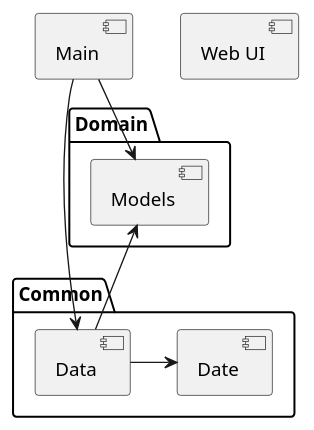
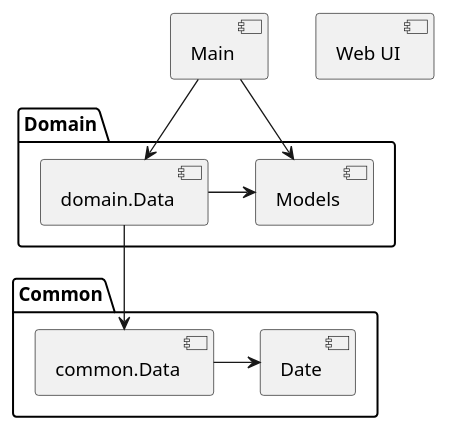
Before and after one commit to undiscoveredWorld/finance_plan: the diagram in docs/current/model.puml, drawn with PlantUML. The commit also changed 6 other files, not shown here.

```diff
--- a/docs/current/model.puml
+++ b/docs/current/model.puml
@@ -1,21 +1,23 @@
 @startuml component
 
 package Common {
-    component [Data]
+    component [common.Data]
     component [Date]
 }
 
 package Domain {
     component [Models]
+    component [domain.Data]
 }
 
 component [Web UI]
 component [Main]
 
 
-[Main] -down-> [Data]
+[Main] -down-> [domain.Data]
 [Main] -down-> [Models]
-[Data] -up-> [Models]
-[Data] -> [Date]
+[domain.Data] -right-> [Models]
+[domain.Data] -down-> [common.Data]
+[common.Data] -> [Date]
 
 @enduml
```
